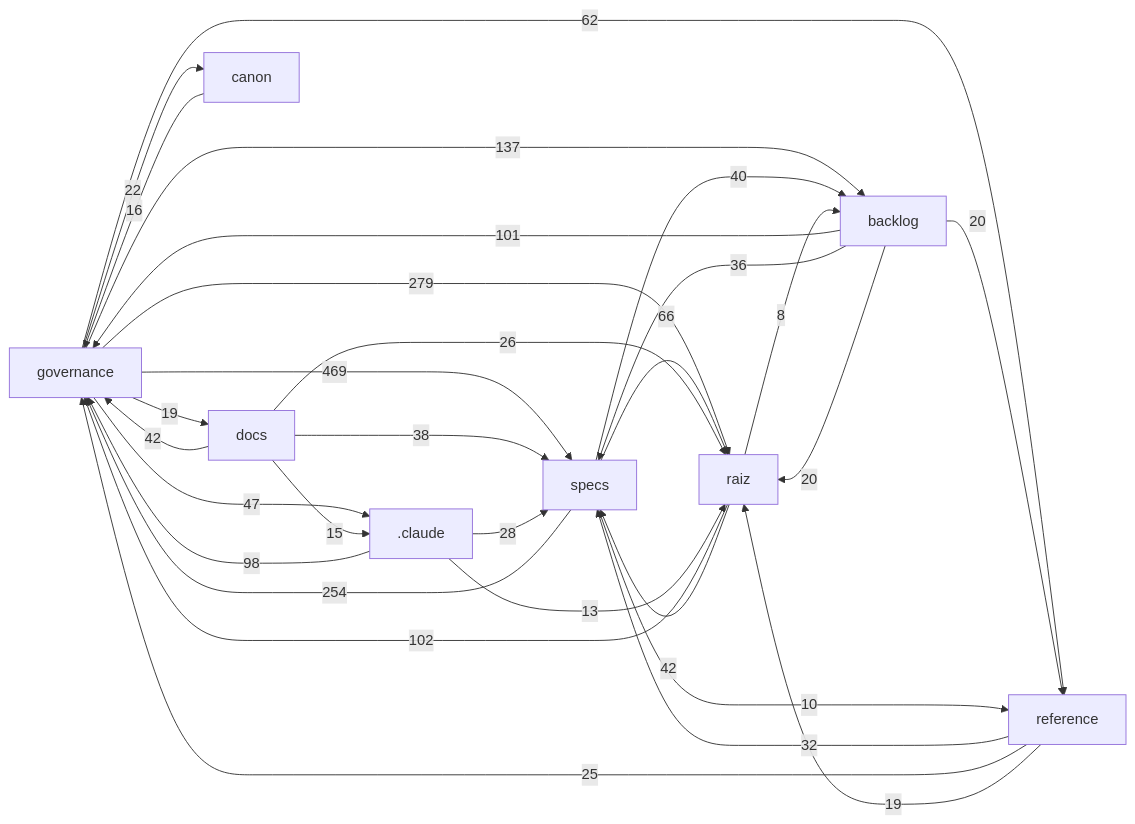
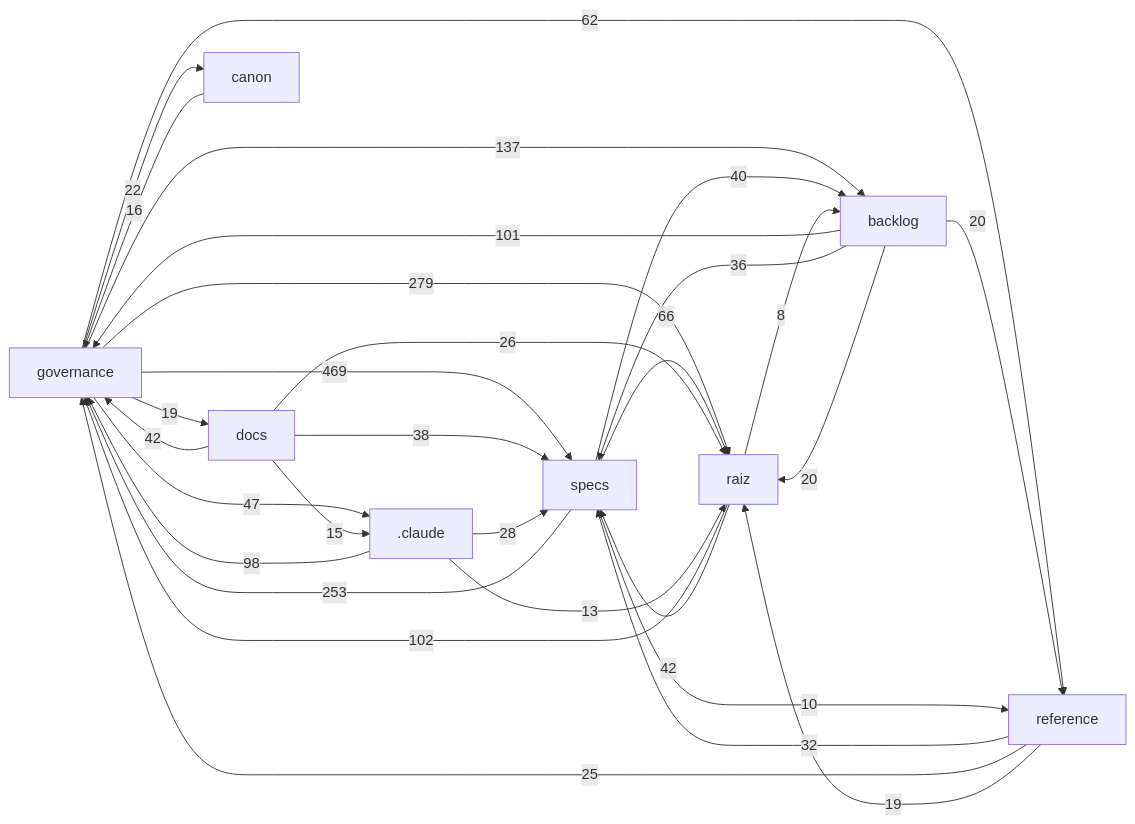
One commit to Andraus35/Sistema-Operacional-de-Trading--SOT changed the diagram in docs/mapa/MAPA-PROJETO.md. Above: the diagram before and after it, drawn with Mermaid. The commit also changed other lines of this file and 3 other files, not shown here.

````diff
--- a/docs/mapa/MAPA-PROJETO.md
+++ b/docs/mapa/MAPA-PROJETO.md
@@ -29,32 +29,32 @@
 ```mermaid
 flowchart LR
   governance["governance"] -->|469| specs["specs"]
   governance["governance"] -->|279| raiz["raiz"]
-  specs["specs"] -->|254| governance["governance"]
+  specs["specs"] -->|253| governance["governance"]
   governance["governance"] -->|137| backlog["backlog"]
   raiz["raiz"] -->|102| governance["governance"]
   backlog["backlog"] -->|101| governance["governance"]
   _claude[".claude"] -->|98| governance["governance"]
   specs["specs"] -->|66| raiz["raiz"]
   governance["governance"] -->|62| reference["reference"]
   governance["governance"] -->|47| _claude[".claude"]
   raiz["raiz"] -->|42| specs["specs"]
   docs["docs"] -->|42| governance["governance"]
   specs["specs"] -->|40| backlog["backlog"]
   docs["docs"] -->|38| specs["specs"]
   backlog["backlog"] -->|36| specs["specs"]
   reference["reference"] -->|32| specs["specs"]
   _claude[".claude"] -->|28| specs["specs"]
   docs["docs"] -->|26| raiz["raiz"]
   reference["reference"] -->|25| governance["governance"]
   governance["governance"] -->|22| canon["canon"]
   backlog["backlog"] -->|20| raiz["raiz"]
   backlog["backlog"] -->|20| reference["reference"]
   governance["governance"] -->|19| docs["docs"]
   reference["reference"] -->|19| raiz["raiz"]
   canon["canon"] -->|16| governance["governance"]
   docs["docs"] -->|15| _claude[".claude"]
   _claude[".claude"] -->|13| raiz["raiz"]
   specs["specs"] -->|10| reference["reference"]
   raiz["raiz"] -->|8| backlog["backlog"]
 ```
````
